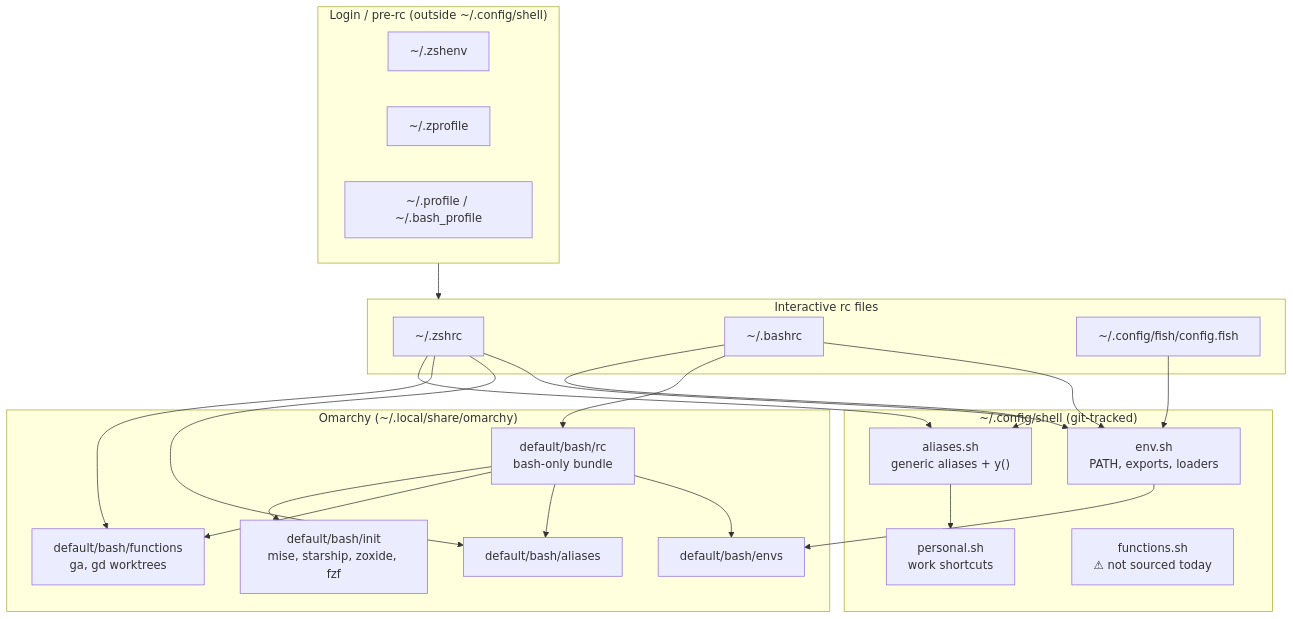
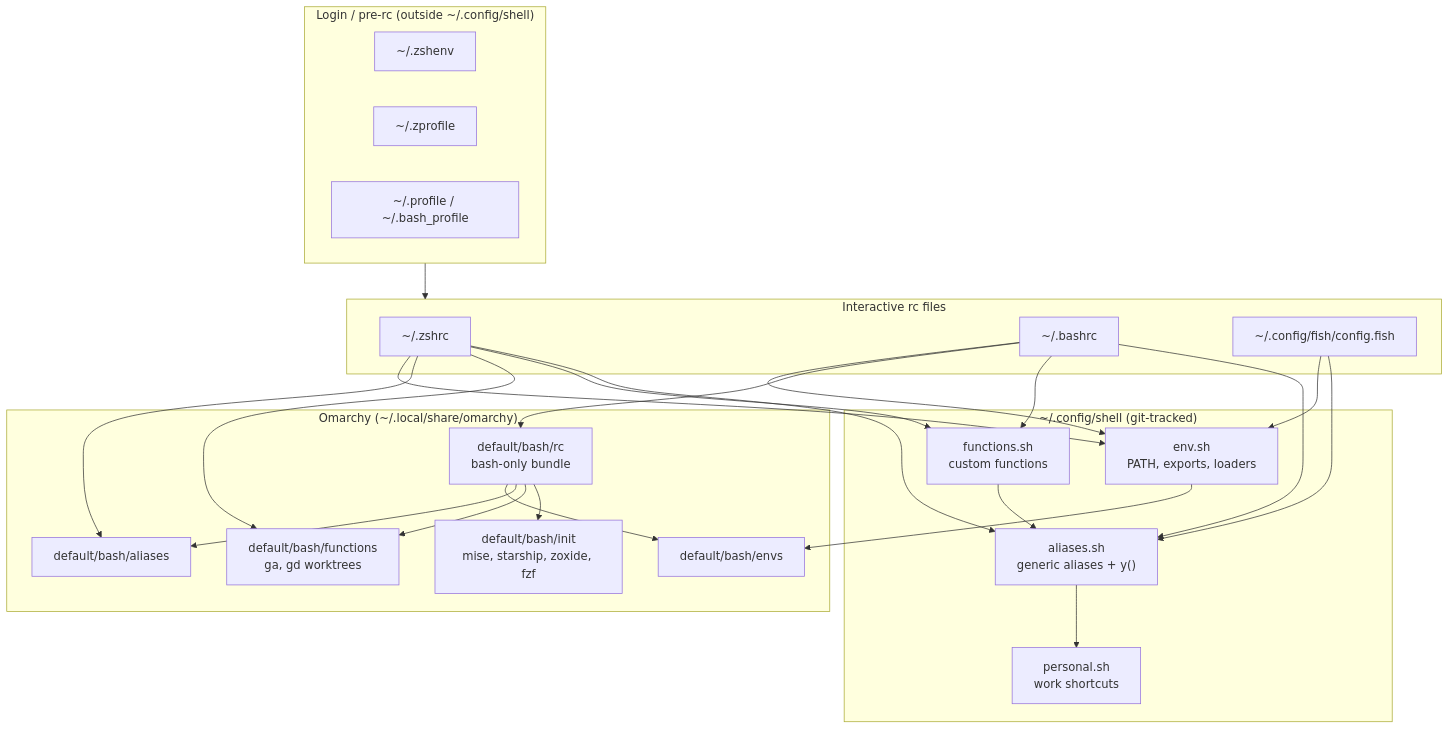
Before and after one commit to p10ns11y/shellyxz.sh: the first of 9 diagrams in shell.md, drawn with Mermaid. The commit also changed other lines of this file and 3 other files, not shown here.

````diff
--- a/shell.md
+++ b/shell.md
@@ -11,47 +11,51 @@
 ```mermaid
 flowchart TB
     subgraph login["Login / pre-rc (outside ~/.config/shell)"]
         zshenv["~/.zshenv"]
         zprofile["~/.zprofile"]
         profile["~/.profile / ~/.bash_profile"]
     end
 
     subgraph core["~/.config/shell (git-tracked)"]
         env["env.sh<br/>PATH, exports, loaders"]
         aliases["aliases.sh<br/>generic aliases + y()"]
         personal["personal.sh<br/>work shortcuts"]
-        functions["functions.sh<br/>⚠ not sourced today"]
+        functions["functions.sh<br/>custom functions"]
     end
 
     subgraph omarchy["Omarchy (~/.local/share/omarchy)"]
         oenvs["default/bash/envs"]
         oaliases["default/bash/aliases"]
         ofns["default/bash/functions<br/>ga, gd worktrees"]
         orc["default/bash/rc<br/>bash-only bundle"]
         oinit["default/bash/init<br/>mise, starship, zoxide, fzf"]
     end
 
     subgraph shells["Interactive rc files"]
         zshrc["~/.zshrc"]
         bashrc["~/.bashrc"]
         fishcfg["~/.config/fish/config.fish"]
     end
 
     login --> shells
     zshrc --> env
     bashrc --> env
     fishcfg --> env
 
     env --> oenvs
-    aliases --> personal
     zshrc --> oaliases
     zshrc --> ofns
     bashrc --> orc
     orc --> oenvs
     orc --> oaliases
     orc --> ofns
     orc --> oinit
 
+    zshrc --> functions
+    bashrc --> functions
+    functions --> aliases
+    aliases --> personal
     zshrc --> aliases
     bashrc --> aliases
+    fishcfg --> aliases
 ```
````
